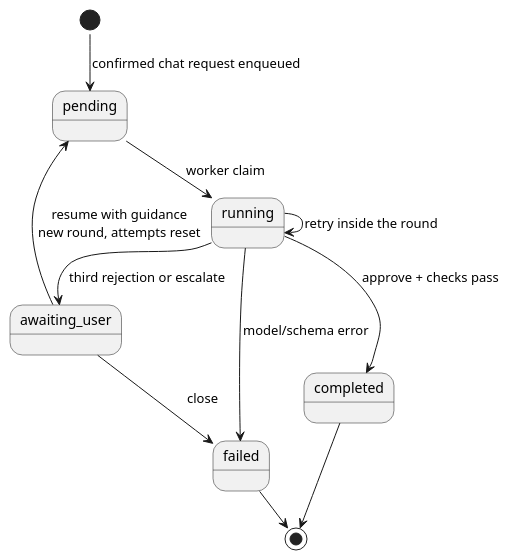
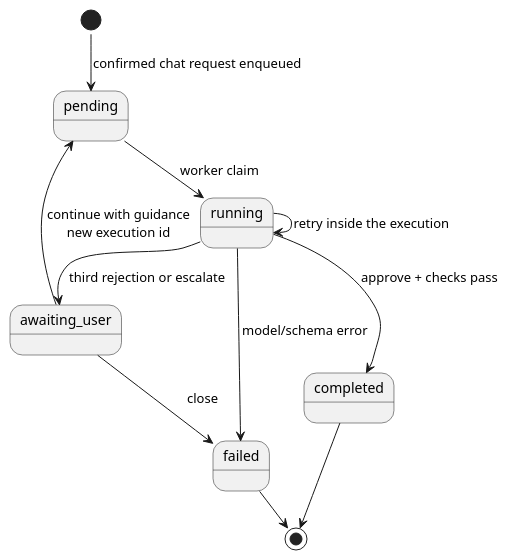
One commit to gdpe-franco/ai-coding-agent-pipeline changed the sixth of 7 diagrams in docs/architecture.md. Above: the diagram before and after it, drawn with PlantUML. The commit also changed other lines of this file and 58 other files, not shown here.

````diff
--- a/docs/architecture.md
+++ b/docs/architecture.md
@@ -431,17 +394,17 @@
 ```puml
 @startuml
 !pragma layout smetana
 skinparam backgroundColor white
 skinparam shadowing false
 [*] --> pending : confirmed chat request enqueued
 pending --> running : worker claim
-running --> running : retry inside the round
+running --> running : retry inside the execution
 running --> completed : approve + checks pass
 running --> awaiting_user : third rejection or escalate
 running --> failed : model/schema error
-awaiting_user --> pending : resume with guidance\nnew round, attempts reset
+awaiting_user --> pending : continue with guidance\nnew execution id
 awaiting_user --> failed : close
 completed --> [*]
 failed --> [*]
 @enduml
 ```
````
